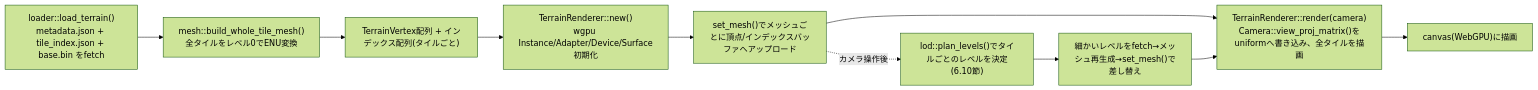
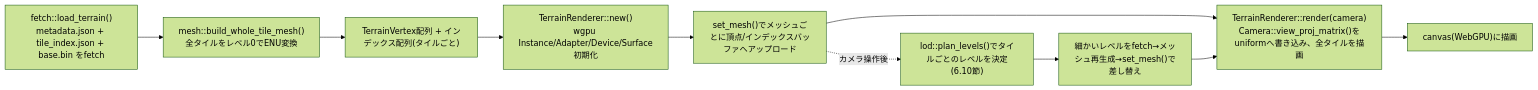
Diagram 12 of 16 in DETAILED_DESIGN.md (ham1a6/SimulationView), drawn with Mermaid (forest theme) before and after one commit. The commit also changed other lines of this file and 5 other files, not shown here.

````diff
--- a/DETAILED_DESIGN.md
+++ b/DETAILED_DESIGN.md
@@ -864,12 +892,12 @@
 ```mermaid
 flowchart LR
-    A["loader::load_terrain()<br/>metadata.json + tile_index.json + base.bin をfetch"] --> B["mesh::build_whole_tile_mesh()<br/>全タイルをレベル0でENU変換"]
+    A["fetch::load_terrain()<br/>metadata.json + tile_index.json + base.bin をfetch"] --> B["mesh::build_whole_tile_mesh()<br/>全タイルをレベル0でENU変換"]
     B --> C["TerrainVertex配列 + インデックス配列(タイルごと)"]
     C --> D["TerrainRenderer::new()<br/>wgpu Instance/Adapter/Device/Surface初期化"]
     D --> E["set_mesh()でメッシュごとに頂点/インデックスバッファへアップロード"]
     E --> F["TerrainRenderer::render(camera)<br/>Camera::view_proj_matrix()をuniformへ書き込み、全タイルを描画"]
     F --> G["canvas(WebGPU)に描画"]
     E -.カメラ操作後.-> H["lod::plan_levels()でタイルごとのレベルを決定<br/>(6.10節)"]
     H --> I["細かいレベルをfetch→メッシュ再生成→set_mesh()で差し替え"]
     I --> F
 ```
````
